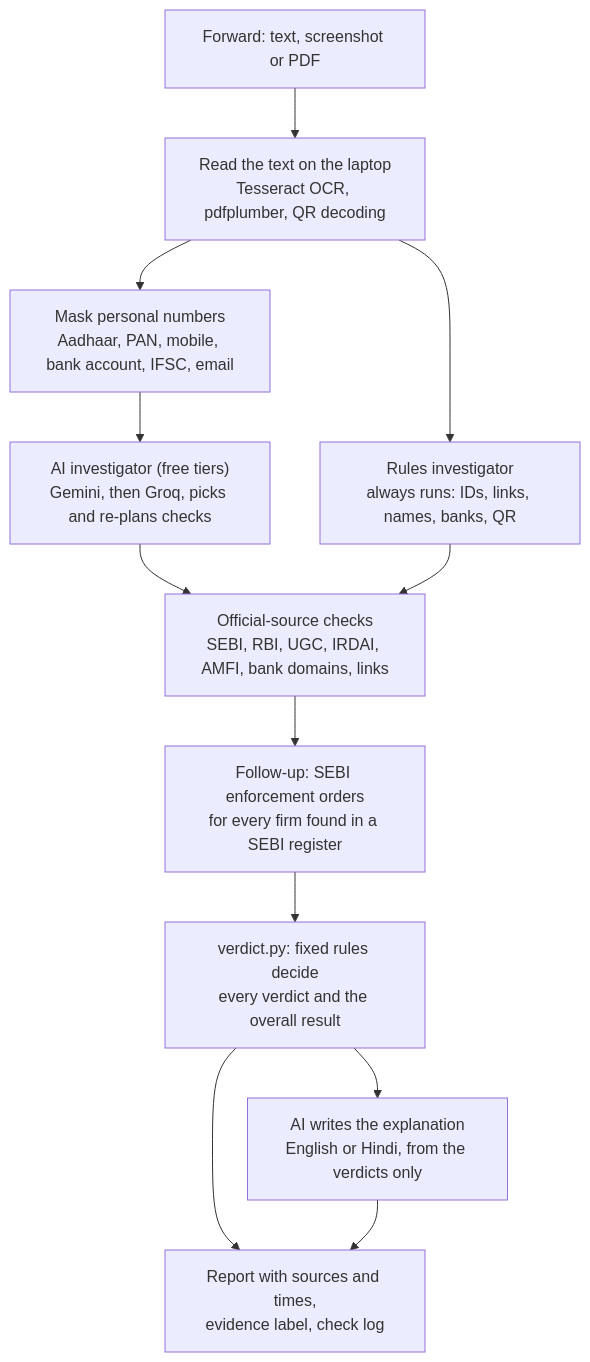
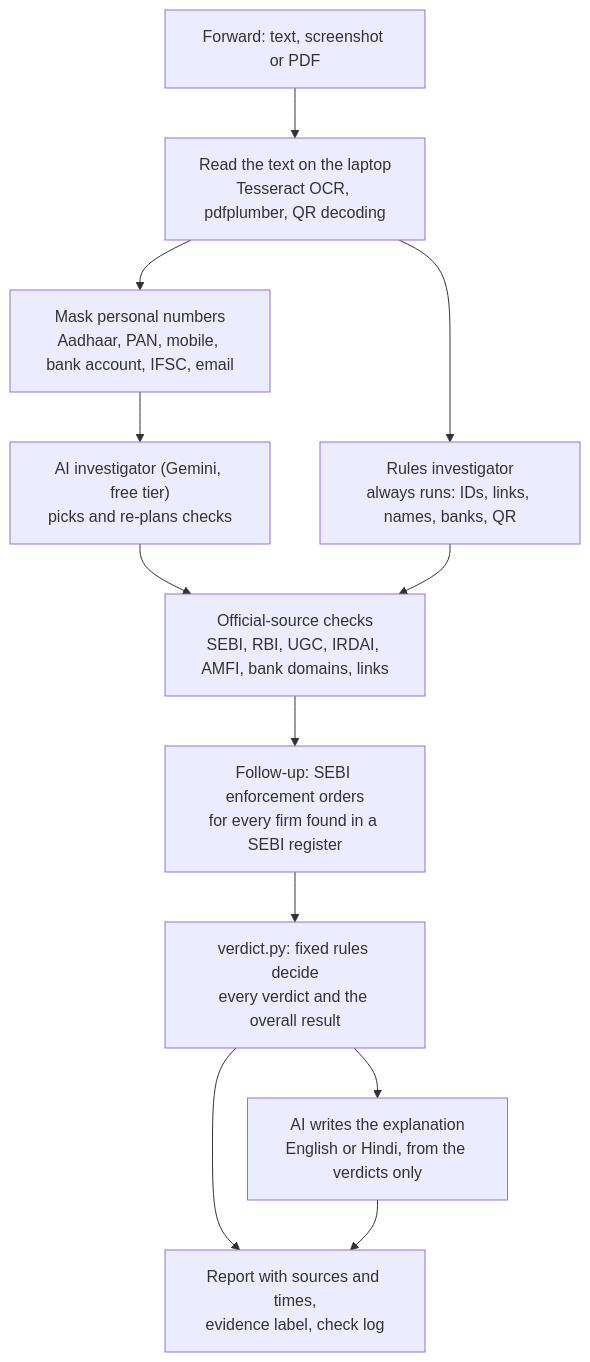
Before and after one commit to VihanS9750/Parakh-verify: the diagram in README.md, drawn with Mermaid. The commit also changed other lines of this file and 5 other files, not shown here.

First line of the commit message:
Remove Groq everywhere: the AI is Gemini's free tier only, with the rules as the fallback

````diff
--- a/README.md
+++ b/README.md
@@ -32,14 +32,14 @@
 ```mermaid
 flowchart TD
     A["Forward: text, screenshot or PDF"] --> B["Read the text on the laptop<br/>Tesseract OCR, pdfplumber, QR decoding"]
     B --> C["Mask personal numbers<br/>Aadhaar, PAN, mobile, bank account, IFSC, email"]
-    C --> D["AI investigator (free tiers)<br/>Gemini, then Groq, picks and re-plans checks"]
+    C --> D["AI investigator (Gemini, free tier)<br/>picks and re-plans checks"]
     B --> E["Rules investigator<br/>always runs: IDs, links, names, banks, QR"]
     D --> F["Official-source checks<br/>SEBI, RBI, UGC, IRDAI, AMFI, bank domains, links"]
     E --> F
     F --> G["Follow-up: SEBI enforcement orders<br/>for every firm found in a SEBI register"]
     G --> H["verdict.py: fixed rules decide<br/>every verdict and the overall result"]
     H --> I["AI writes the explanation<br/>English or Hindi, from the verdicts only"]
     H --> J["Report with sources and times,<br/>evidence label, check log"]
     I --> J
 ```
````
